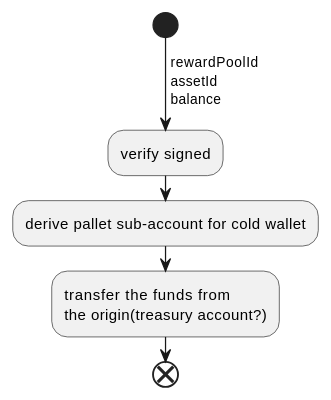
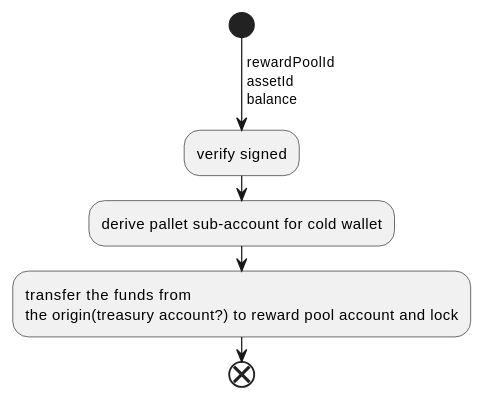
The eighth of 10 diagrams in rfcs/0005-pablo-distribution-assets/0005-pablo-distribution.adoc (ComposableFi/composable), drawn with PlantUML before and after one commit.

```diff
--- a/rfcs/0005-pablo-distribution-assets/0005-pablo-distribution.adoc
+++ b/rfcs/0005-pablo-distribution-assets/0005-pablo-distribution.adoc
@@ -514,9 +514,9 @@
 [plantuml,images/transfer-funds-extrinsic,png]
 ----
 start
 ->rewardPoolId\nassetId\nbalance;
 :verify signed;
 :derive pallet sub-account for cold wallet;
-:transfer the funds from\nthe origin(treasury account?);
+:transfer the funds from\nthe origin(treasury account?) to reward pool account and lock;
 end
 ----
```
